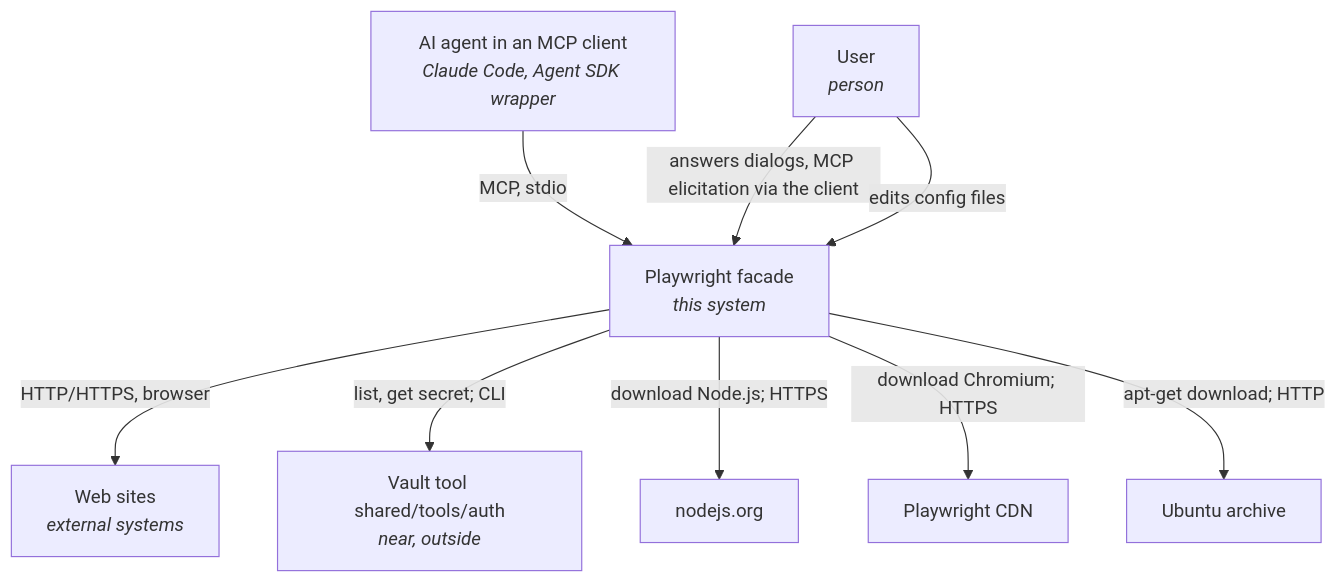
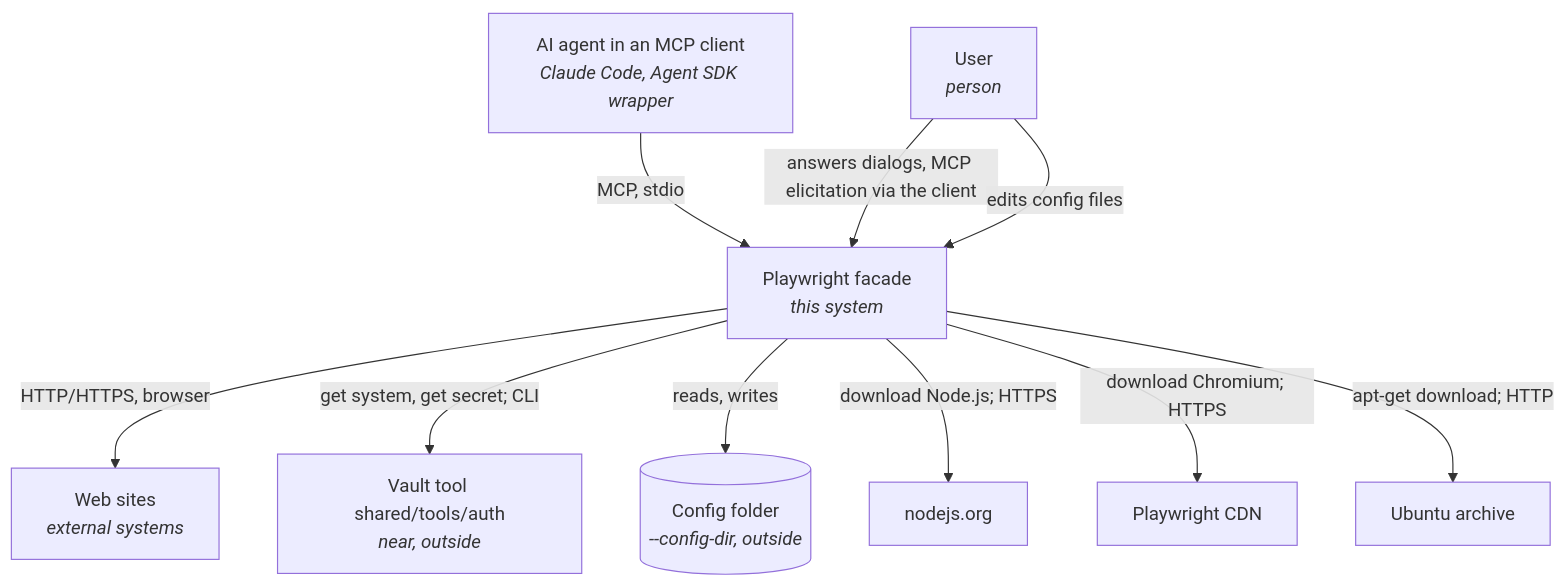
The first of 6 diagrams in tools/browser-tool-facades/sdd/DESIGN.md (npstash/shared), drawn with Mermaid before and after one commit. The commit also changed other lines of this file and 57 other files, not shown here.

Commit message:
Vault without listing: entries by exact name, edit files, separate admin key; facade config folder; lookup in parent repositories

````diff
--- a/tools/browser-tool-facades/sdd/DESIGN.md
+++ b/tools/browser-tool-facades/sdd/DESIGN.md
@@ -33,11 +34,12 @@
 ```mermaid
 flowchart TD
     A[AI agent in an MCP client<br/><i>Claude Code, Agent SDK wrapper</i>] -->|MCP, stdio| S[Playwright facade<br/><i>this system</i>]
     U[User<br/><i>person</i>] -->|answers dialogs, MCP elicitation via the client| S
     U -->|edits config files| S
     S -->|HTTP/HTTPS, browser| W[Web sites<br/><i>external systems</i>]
-    S -->|list, get secret; CLI| V[Vault tool shared/tools/auth<br/><i>near, outside</i>]
+    S -->|get system, get secret; CLI| V[Vault tool shared/tools/auth<br/><i>near, outside</i>]
+    S -->|reads, writes| K[(Config folder<br/><i>--config-dir, outside</i>)]
     S -->|download Node.js; HTTPS| N[nodejs.org]
     S -->|download Chromium; HTTPS| P[Playwright CDN]
     S -->|apt-get download; HTTP| D[Ubuntu archive]
 ```
````
